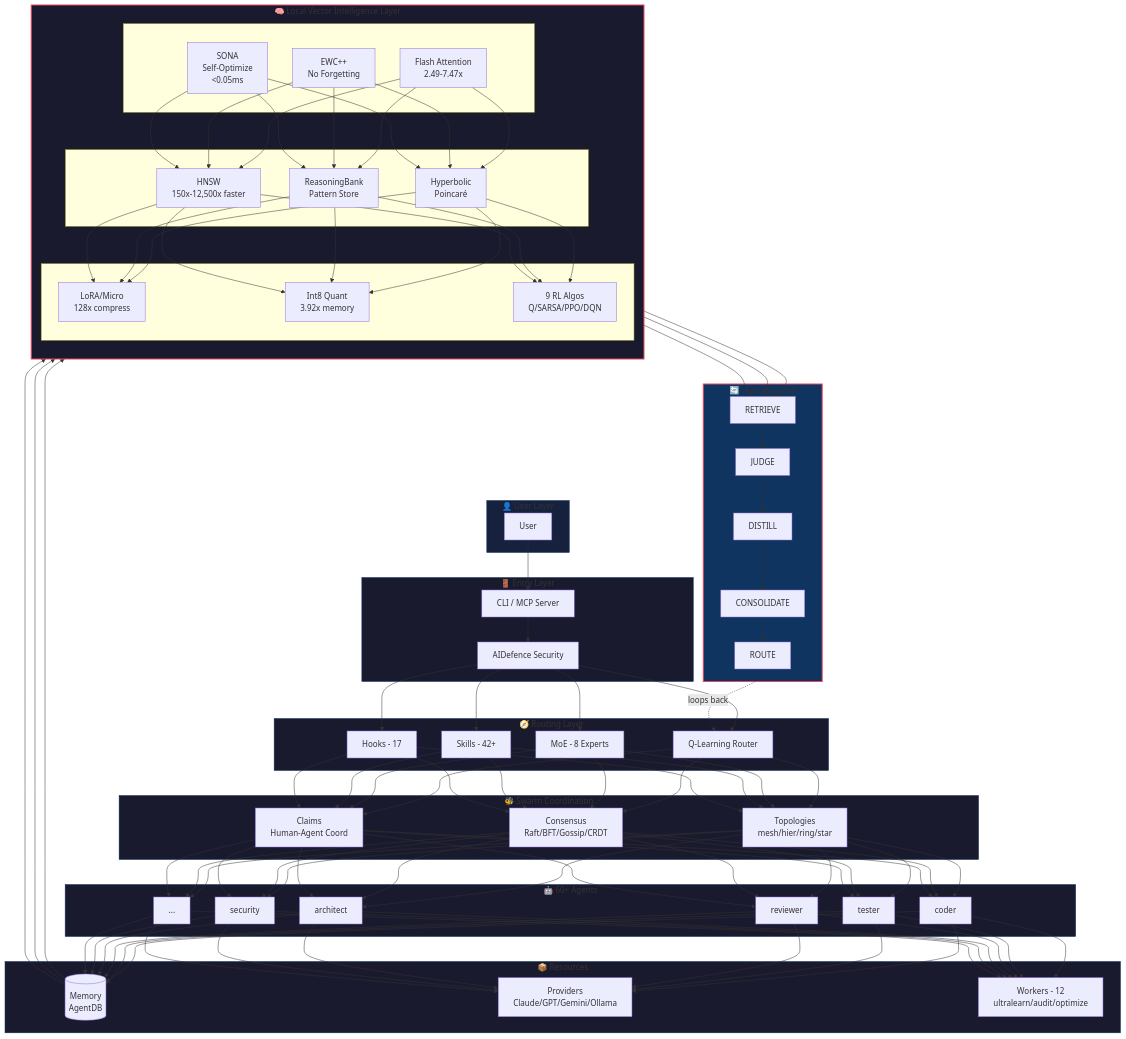
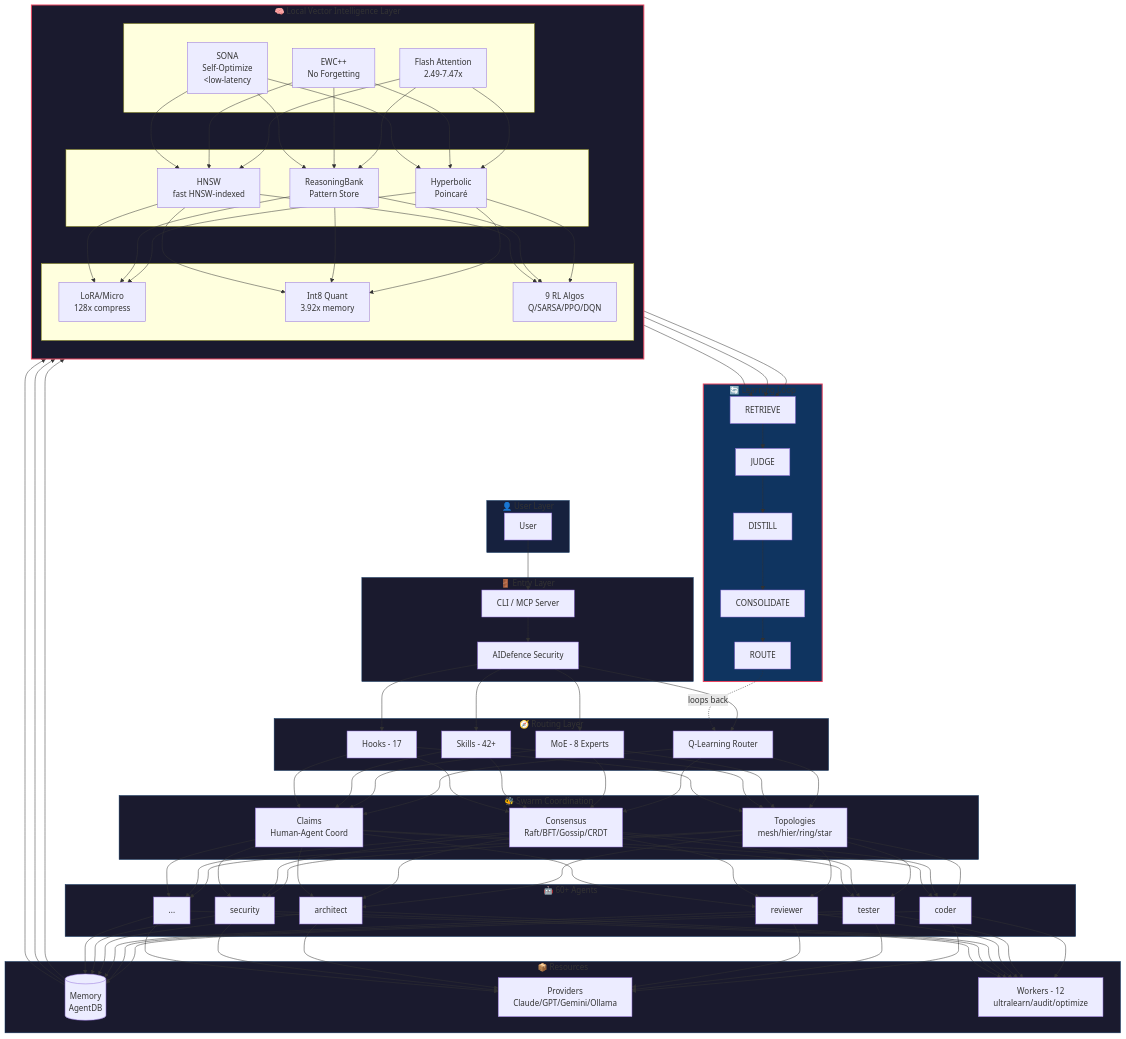
Before and after one commit to hypnwtykvmpr/hive-flow: the first of 6 diagrams in v3/@hive-flow/cli/README.md, drawn with Mermaid. The commit also changed other lines of this file and 219 other files, not shown here.

```diff
--- a/v3/@hive-flow/cli/README.md
+++ b/v3/@hive-flow/cli/README.md
@@ -82,12 +82,12 @@
     subgraph RUVECTOR["🧠 Local Vector Intelligence Layer"]
         direction TB
         subgraph ROW1[" "]
-            SONA[SONA<br/>Self-Optimize<br/>&lt;0.05ms]
+            SONA[SONA<br/>Self-Optimize<br/>&lt;low-latency]
             EWC[EWC++<br/>No Forgetting]
             FLASH[Flash Attention<br/>2.49-7.47x]
         end
         subgraph ROW2[" "]
-            HNSW[HNSW<br/>150x-12,500x faster]
+            HNSW[HNSW<br/>fast HNSW-indexed]
             RB[ReasoningBank<br/>Pattern Store]
             HYP[Hyperbolic<br/>Poincaré]
         end
```
